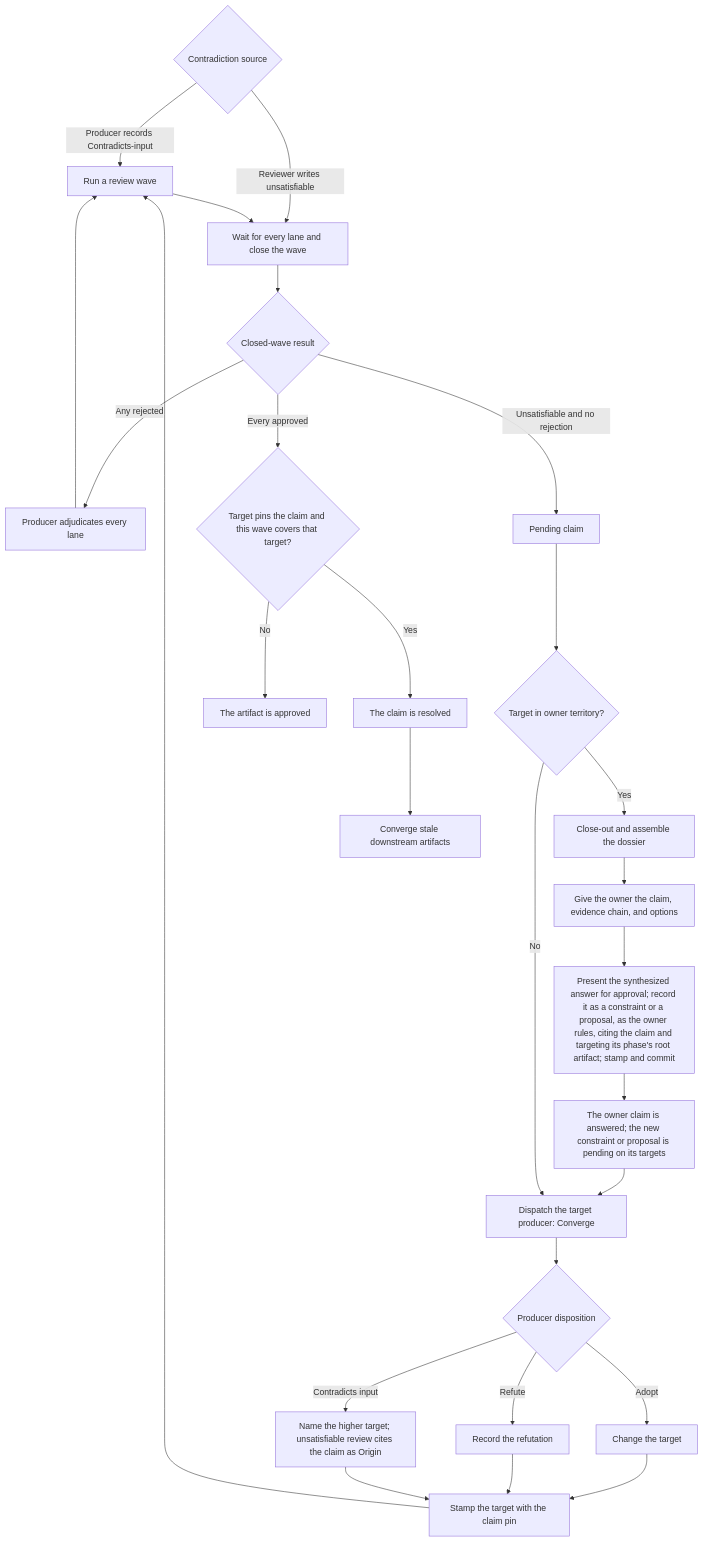
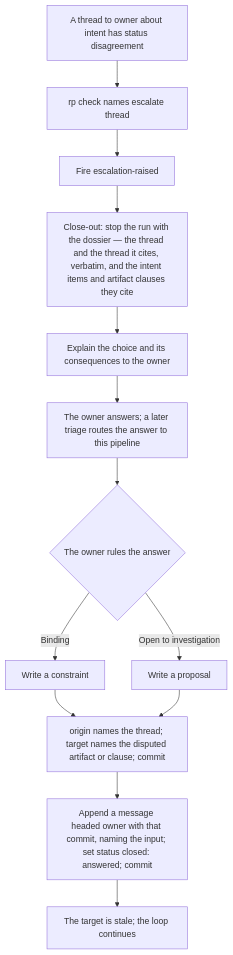
The diagram in docs/flowcharts/escalation.md (Automattic/radical-pipelines), drawn with Mermaid before and after one commit. The commit also changed other lines of this file and 8 other files, not shown here.

Commit message:
Redraw the flowcharts for the v4 loop, threads, and escalation (assisted)

````diff
--- a/docs/flowcharts/escalation.md
+++ b/docs/flowcharts/escalation.md
@@ -5,29 +5,15 @@
 ```mermaid
 flowchart TD
-    START{"Contradiction source"} -->|Producer records Contradicts-input| A["Run a review wave"]
-    START -->|Reviewer writes unsatisfiable| C
-    A --> C["Wait for every lane and close the wave"]
-    C --> D{"Closed-wave result"}
-    D -->|Any rejected| E["Producer adjudicates every lane"]
-    E --> A
-    D -->|Every approved| F{"Target pins the claim and this wave covers that target?"}
-    F -->|Yes| RESOLVED["The claim is resolved"]
-    F -->|No| APPROVED["The artifact is approved"]
-    D -->|Unsatisfiable and no rejection| G["Pending claim"]
-    G --> H{"Target in owner territory?"}
-    H -->|Yes| I["Close-out and assemble the dossier"]
-    I --> J["Give the owner the claim, evidence chain, and options"]
-    J --> K["Present the synthesized answer for approval; record it as a constraint or a proposal, as the owner rules, citing the claim and targeting its phase's root artifact; stamp and commit"]
-    K --> ANSWERED["The owner claim is answered; the new constraint or proposal is pending on its targets"]
-    ANSWERED --> N
-    H -->|No| N["Dispatch the target producer: Converge"]
-    N --> O{"Producer disposition"}
-    O -->|Adopt| P["Change the target"]
-    O -->|Refute| Q["Record the refutation"]
-    O -->|Contradicts input| R["Name the higher target; unsatisfiable review cites the claim as Origin"]
-    P --> S["Stamp the target with the claim pin"]
-    Q --> S
-    R --> S
-    S --> A
-    RESOLVED --> CASCADE["Converge stale downstream artifacts"]
+    A["A thread to owner about intent has status disagreement"] --> B["rp check names escalate thread"]
+    B --> C["Fire escalation-raised"]
+    C --> D["Close-out: stop the run with the dossier — the thread and the thread it cites, verbatim, and the intent items and artifact clauses they cite"]
+    D --> E["Explain the choice and its consequences to the owner"]
+    E --> F["The owner answers; a later triage routes the answer to this pipeline"]
+    F --> G{"The owner rules the answer"}
+    G -->|Binding| H["Write a constraint"]
+    G -->|Open to investigation| I["Write a proposal"]
+    H --> J["origin names the thread; target names the disputed artifact or clause; commit"]
+    I --> J
+    J --> K["Append a message headed owner with that commit, naming the input; set status closed: answered; commit"]
+    K --> L["The target is stale; the loop continues"]
 ```
````
